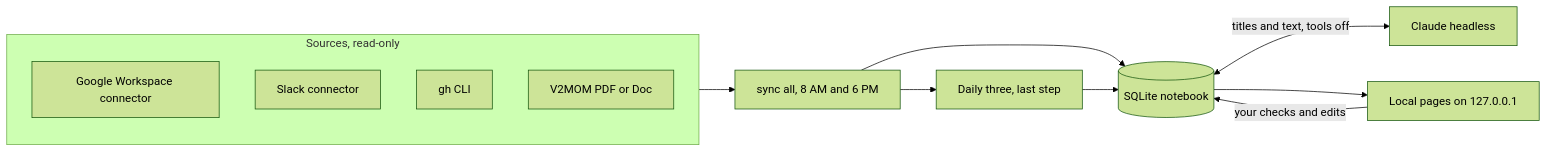
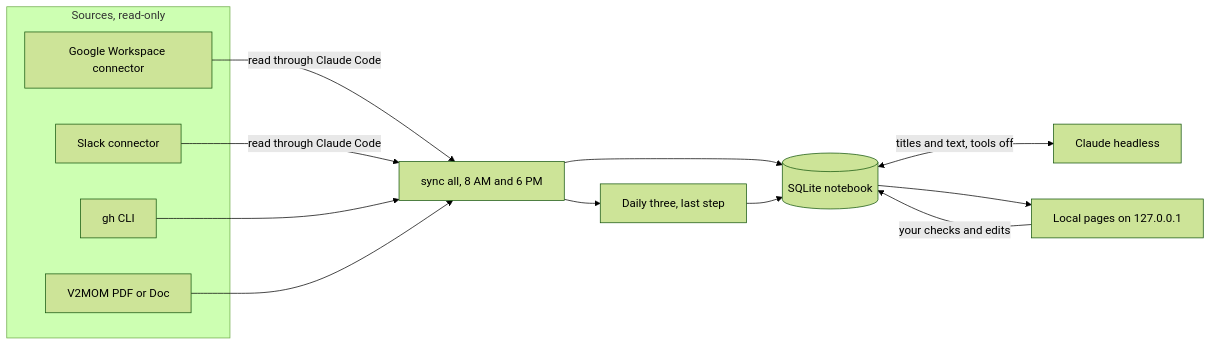
Before and after one commit to jtetzelSFDC/coffeeshop: the diagram in docs/TECHNICAL.md, drawn with Mermaid (forest theme). The commit also changed other lines of this file and 6 other files, not shown here.

````diff
--- a/docs/TECHNICAL.md
+++ b/docs/TECHNICAL.md
@@ -39,16 +39,17 @@
 ```mermaid
 flowchart LR
   subgraph sources [Sources, read-only]
     gw[Google Workspace connector]
     sl[Slack connector]
     gh[gh CLI]
     vm[V2MOM PDF or Doc]
   end
-  sources --> sync[sync all, 8 AM and 6 PM]
+  gw & sl -->|"read through Claude Code"| sync[sync all, 8 AM and 6 PM]
+  gh & vm --> sync
   sync --> db[(SQLite notebook)]
   db <-->|"titles and text, tools off"| claude[Claude headless]
   db --> pages[Local pages on 127.0.0.1]
   pages -->|"your checks and edits"| db
   sync --> daily[Daily three, last step]
   daily --> db
 ```
````
